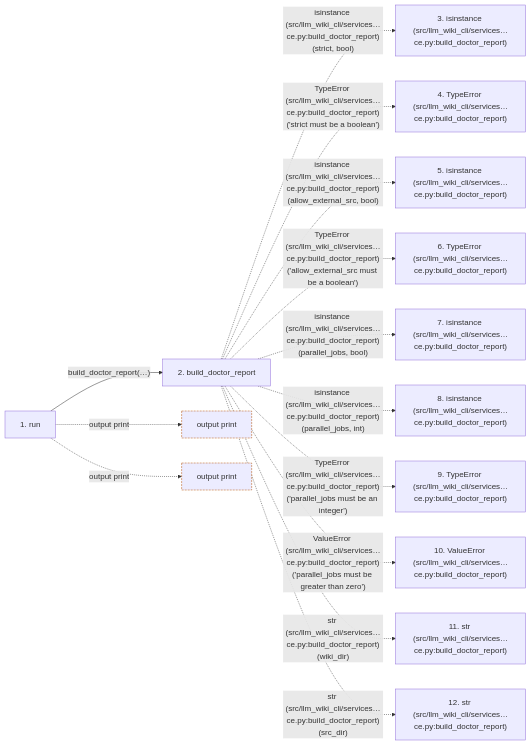
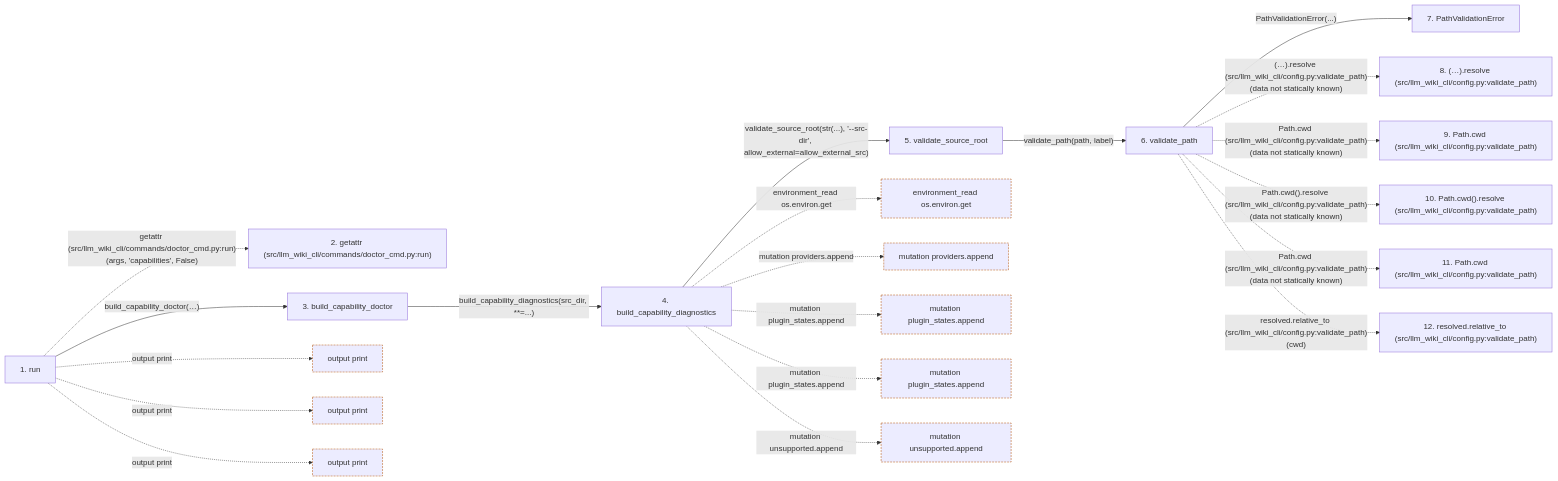
Before and after one commit to Denissvgn/python-wiki-llm: the second of 2 diagrams in docs/llm_wiki/flows/cli-doctor.md, drawn with Mermaid. The commit also changed other lines of this file and 152 other files, not shown here.

````diff
--- a/docs/llm_wiki/flows/cli-doctor.md
+++ b/docs/llm_wiki/flows/cli-doctor.md
@@ -113,35 +111,57 @@
 ```mermaid
 flowchart LR
     s1["1. run"]
-    s2["2. build_doctor_report"]
-    s3["3. isinstance (src/llm_wiki_cli/services…ce.py:build_doctor_report)"]
-    s4["4. TypeError (src/llm_wiki_cli/services…ce.py:build_doctor_report)"]
-    s5["5. isinstance (src/llm_wiki_cli/services…ce.py:build_doctor_report)"]
-    s6["6. TypeError (src/llm_wiki_cli/services…ce.py:build_doctor_report)"]
-    s7["7. isinstance (src/llm_wiki_cli/services…ce.py:build_doctor_report)"]
-    s8["8. isinstance (src/llm_wiki_cli/services…ce.py:build_doctor_report)"]
-    s9["9. TypeError (src/llm_wiki_cli/services…ce.py:build_doctor_report)"]
-    s10["10. ValueError (src/llm_wiki_cli/services…ce.py:build_doctor_report)"]
-    s11["11. str (src/llm_wiki_cli/services…ce.py:build_doctor_report)"]
-    s12["12. str (src/llm_wiki_cli/services…ce.py:build_doctor_report)"]
-    s1 -->|"build_doctor_report(…)"| s2
-    s2 -. "isinstance (src/llm_wiki_cli/services…ce.py:build_doctor_report)(strict, bool)" .-> s3
-    s2 -. "TypeError (src/llm_wiki_cli/services…ce.py:build_doctor_report)('strict must be a boolean')" .-> s4
-    s2 -. "isinstance (src/llm_wiki_cli/services…ce.py:build_doctor_report)(allow_external_src, bool)" .-> s5
-    s2 -. "TypeError (src/llm_wiki_cli/services…ce.py:build_doctor_report)('allow_external_src must be a boolean')" .-> s6
-    s2 -. "isinstance (src/llm_wiki_cli/services…ce.py:build_doctor_report)(parallel_jobs, bool)" .-> s7
-    s2 -. "isinstance (src/llm_wiki_cli/services…ce.py:build_doctor_report)(parallel_jobs, int)" .-> s8
-    s2 -. "TypeError (src/llm_wiki_cli/services…ce.py:build_doctor_report)('parallel_jobs must be an integer')" .-> s9
-    s2 -. "ValueError (src/llm_wiki_cli/services…ce.py:build_doctor_report)('parallel_jobs must be greater than zero')" .-> s10
-    s2 -. "str (src/llm_wiki_cli/services…ce.py:build_doctor_report)(wiki_dir)" .-> s11
-    s2 -. "str (src/llm_wiki_cli/services…ce.py:build_doctor_report)(src_dir)" .-> s12
+    s2["2. getattr (src/llm_wiki_cli/commands/doctor_cmd.py:run)"]
+    s3["3. build_capability_doctor"]
+    s4["4. build_capability_diagnostics"]
+    s5["5. validate_source_root"]
+    s6["6. validate_path"]
+    s7["7. PathValidationError"]
+    s8["8. (…).resolve (src/llm_wiki_cli/config.py:validate_path)"]
+    s9["9. Path.cwd (src/llm_wiki_cli/config.py:validate_path)"]
+    s10["10. Path.cwd().resolve (src/llm_wiki_cli/config.py:validate_path)"]
+    s11["11. Path.cwd (src/llm_wiki_cli/config.py:validate_path)"]
+    s12["12. resolved.relative_to (src/llm_wiki_cli/config.py:validate_path)"]
+    s1 -. "getattr (src/llm_wiki_cli/commands/doctor_cmd.py:run)(args, 'capabilities', False)" .-> s2
+    s1 -->|"build_capability_doctor(…)"| s3
+    s3 -->|"build_capability_diagnostics(src_dir, **=...)"| s4
+    s4 -->|"validate_source_root(str(...), '--src-dir', allow_external=allow_external_src)"| s5
+    s5 -->|"validate_path(path, label)"| s6
+    s6 -->|"PathValidationError(...)"| s7
+    s6 -. "(…).resolve (src/llm_wiki_cli/config.py:validate_path)(data not statically known)" .-> s8
+    s6 -. "Path.cwd (src/llm_wiki_cli/config.py:validate_path)(data not statically known)" .-> s9
+    s6 -. "Path.cwd().resolve (src/llm_wiki_cli/config.py:validate_path)(data not statically known)" .-> s10
+    s6 -. "Path.cwd (src/llm_wiki_cli/config.py:validate_path)(data not statically known)" .-> s11
+    s6 -. "resolved.relative_to (src/llm_wiki_cli/config.py:validate_path)(cwd)" .-> s12
     b0["output print"]
     s1 -. "output print" .-> b0
     b1["output print"]
     s1 -. "output print" .-> b1
+    b2["output print"]
+    s1 -. "output print" .-> b2
+    b3["environment_read os.environ.get"]
+    s4 -. "environment_read os.environ.get" .-> b3
+    b4["mutation providers.append"]
+    s4 -. "mutation providers.append" .-> b4
+    b5["mutation plugin_states.append"]
+    s4 -. "mutation plugin_states.append" .-> b5
+    b6["mutation plugin_states.append"]
+    s4 -. "mutation plugin_states.append" .-> b6
+    b7["mutation unsupported.append"]
+    s4 -. "mutation unsupported.append" .-> b7
     click s1 "../modules/doctor_cmd.md"
-    click s2 "../modules/doctor_service.md"
+    click s3 "../modules/capability_diagnostics.md"
+    click s4 "../modules/capability_diagnostics.md"
+    click s5 "../modules/config.md"
+    click s6 "../modules/config.md"
+    click s7 "../modules/config.md"
     classDef boundary stroke:#b45309,stroke-dasharray: 4 2
     class b0 boundary
     class b1 boundary
+    class b2 boundary
+    class b3 boundary
+    class b4 boundary
+    class b5 boundary
+    class b6 boundary
+    class b7 boundary
 ```
````
